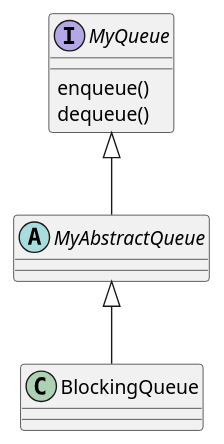
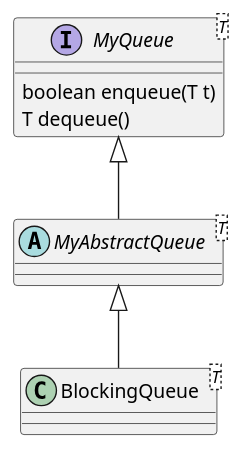
One commit to jay256/tinkering changed the diagram in blockingqueue/BQUML.puml. Above: the diagram before and after it, drawn with PlantUML. The commit also changed 4 other files, not shown here.

Commit message:
Add blocking queue implementation

```diff
--- a/blockingqueue/BQUML.puml
+++ b/blockingqueue/BQUML.puml
@@ -1,14 +1,14 @@
 @startuml
 'https://plantuml.com/class-diagram
 
-interface MyQueue
-abstract class MyAbstractQueue
-class BlockingQueue
+interface MyQueue<T>
+abstract class MyAbstractQueue<T>
+class BlockingQueue<T>
 
 MyQueue <|-- MyAbstractQueue
 MyAbstractQueue <|-- BlockingQueue
 
-MyQueue : enqueue()
-MyQueue : dequeue()
+MyQueue : boolean enqueue(T t)
+MyQueue : T dequeue()
 
 @enduml
```
